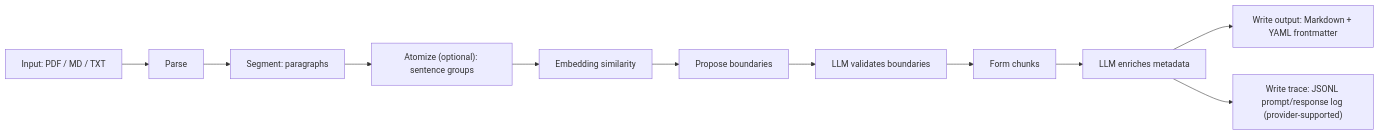
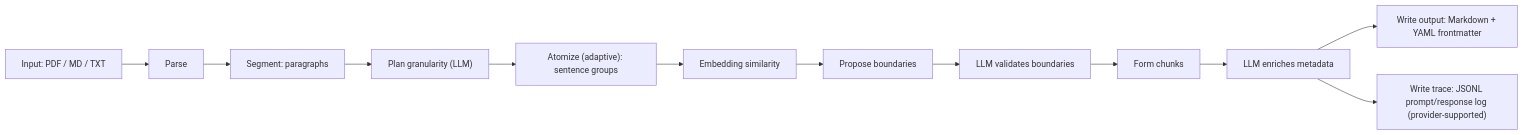
One commit to anirudha-stack/Scalpel changed the first of 2 diagrams in README.md. Above: the diagram before and after it, drawn with Mermaid. The commit also changed other lines of this file and 25 other files, not shown here.

````diff
--- a/README.md
+++ b/README.md
@@ -56,13 +56,14 @@
 ```mermaid
 flowchart LR
   A["Input: PDF / MD / TXT"] --> B["Parse"]
   B --> C["Segment: paragraphs"]
-  C --> D["Atomize (optional): sentence groups"]
+  C --> P["Plan granularity (LLM)"]
+  P --> D["Atomize (adaptive): sentence groups"]
   D --> E["Embedding similarity"]
   E --> F["Propose boundaries"]
   F --> G["LLM validates boundaries"]
   G --> H["Form chunks"]
   H --> I["LLM enriches metadata"]
   I --> J["Write output: Markdown + YAML frontmatter"]
   I --> K["Write trace: JSONL prompt/response log (provider-supported)"]
 ```
````
